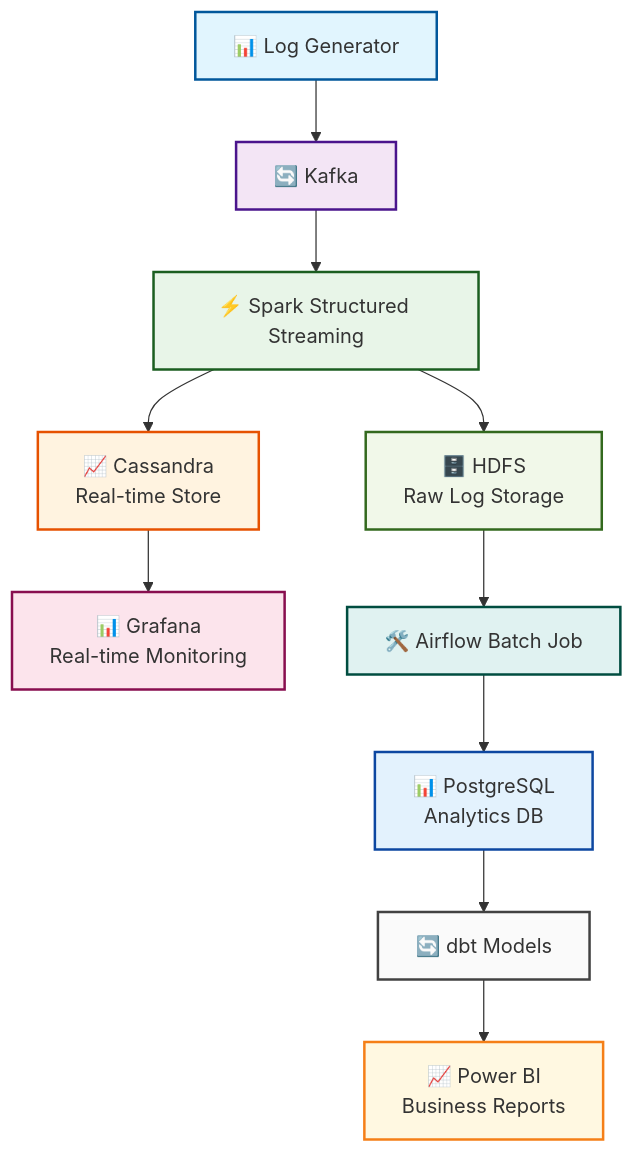
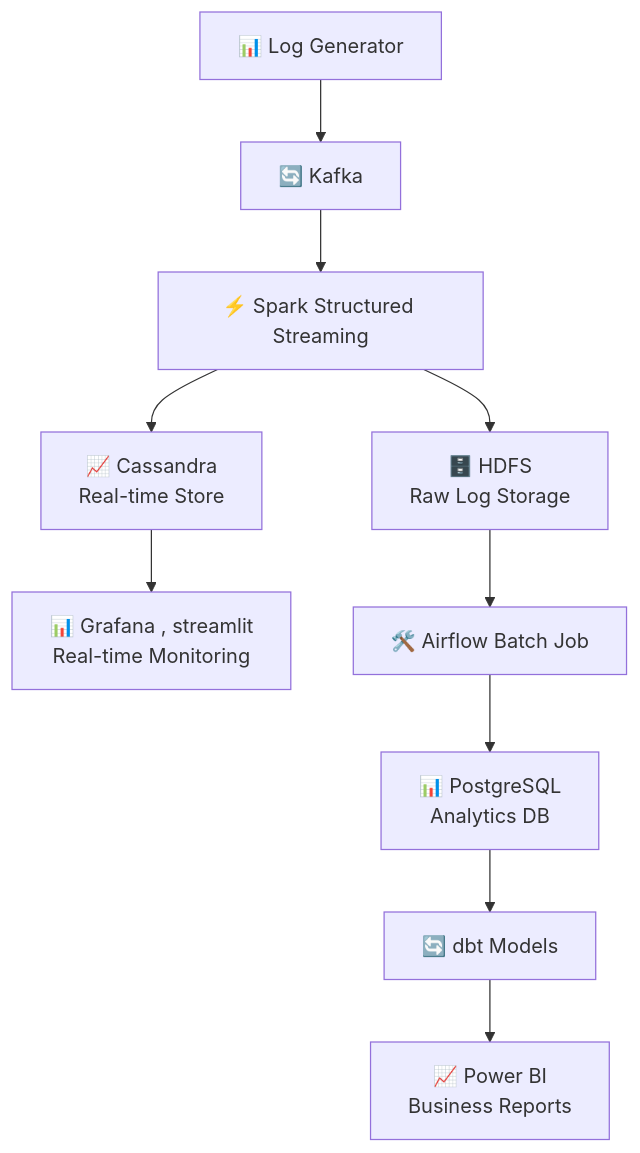
Before and after one commit to MAHMOUDMAMDOH8/end-to-end-log-processing: the first of 2 diagrams in README.md, drawn with Mermaid. The commit also changed other lines of this file and 1 other file, not shown here.

````diff
--- a/README.md
+++ b/README.md
@@ -20,23 +20,12 @@
 ```mermaid
 graph TD
     A[📊 Log Generator] --> B[🔄 Kafka]
     B --> C[⚡ Spark Structured Streaming]
     C --> D[📈 Cassandra<br/>Real-time Store]
-    D --> E[📊 Grafana<br/>Real-time Monitoring]
+    D --> E[📊 Grafana , streamlit <br/>Real-time Monitoring]
     C --> F[🗄️ HDFS<br/>Raw Log Storage]
     F --> G[🛠️ Airflow Batch Job]
     G --> H[📊 PostgreSQL<br/>Analytics DB]
     H --> I[🔄 dbt Models]
     I --> J[📈 Power BI<br/>Business Reports]
-    
-    style A fill:#e1f5fe,stroke:#01579b,stroke-width:2px
-    style B fill:#f3e5f5,stroke:#4a148c,stroke-width:2px
-    style C fill:#e8f5e8,stroke:#1b5e20,stroke-width:2px
-    style D fill:#fff3e0,stroke:#e65100,stroke-width:2px
-    style E fill:#fce4ec,stroke:#880e4f,stroke-width:2px
-    style F fill:#f1f8e9,stroke:#33691e,stroke-width:2px
-    style G fill:#e0f2f1,stroke:#004d40,stroke-width:2px
-    style H fill:#e3f2fd,stroke:#0d47a1,stroke-width:2px
-    style I fill:#fafafa,stroke:#424242,stroke-width:2px
-    style J fill:#fff8e1,stroke:#f57f17,stroke-width:2px
 ```
````
